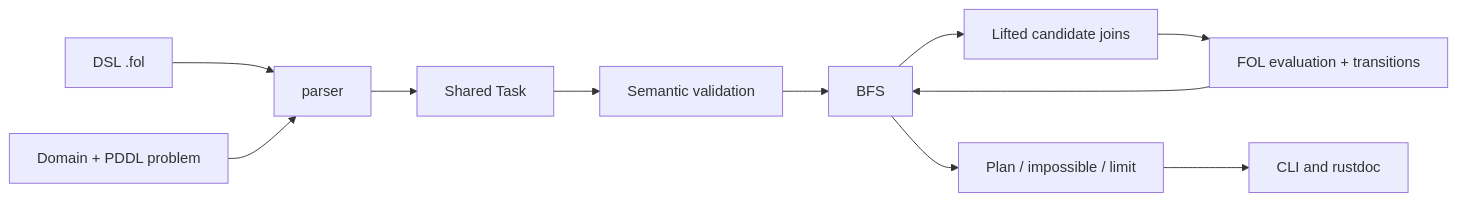
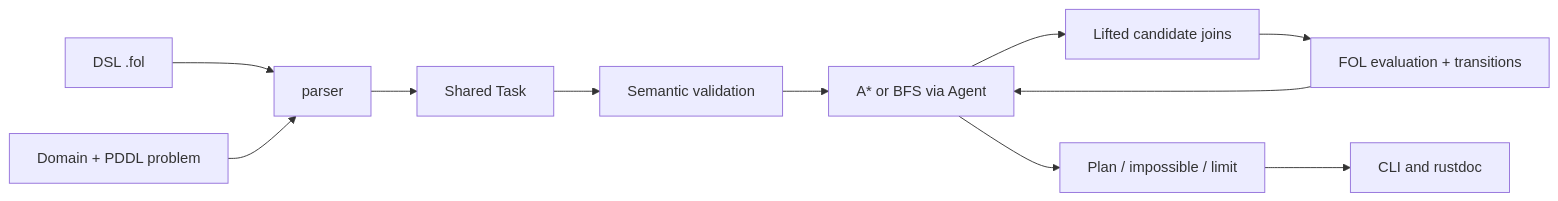
One commit to LucaSforza/PDDL-FOL changed the second of 3 diagrams in kb/02-architecture.md. Above: the diagram before and after it, drawn with Mermaid. The commit also changed other lines of this file and 21 other files, not shown here.

````diff
--- a/kb/02-architecture.md
+++ b/kb/02-architecture.md
@@ -45,13 +47,13 @@
 ```mermaid
 flowchart LR
     F[DSL .fol] --> P[parser]
     D[Domain + PDDL problem] --> P
     P --> T[Shared Task]
     T --> V[Semantic validation]
-    V --> B[BFS]
+    V --> B[A* or BFS via Agent]
     B --> G[Lifted candidate joins]
     G --> E[FOL evaluation + transitions]
     E --> B
     B --> R[Plan / impossible / limit]
     R --> C[CLI and rustdoc]
 ```
````
